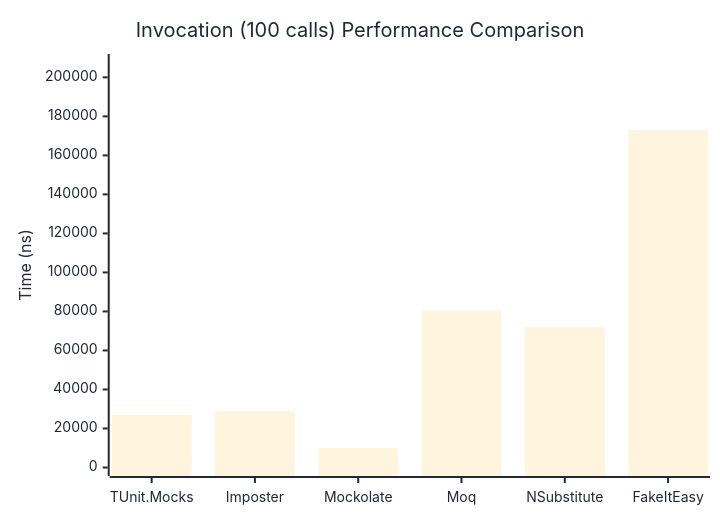
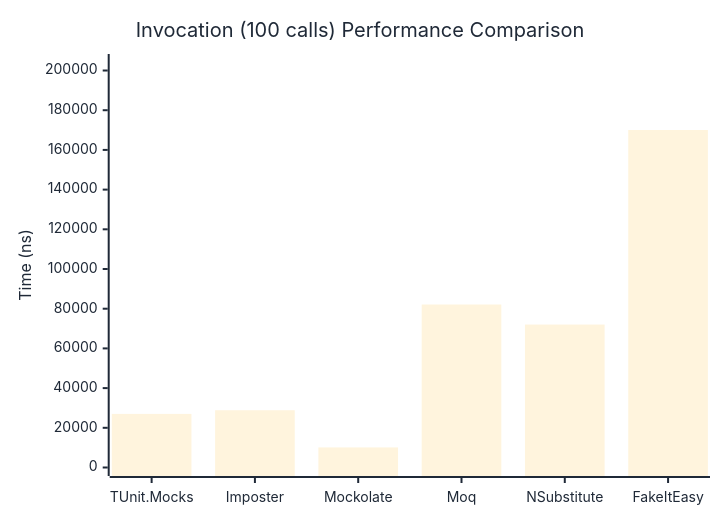
Before and after one commit to thomhurst/TUnit: the third of 3 diagrams in docs/docs/benchmarks/mocks/Invocation.md, drawn with Mermaid. The commit also changed other lines of this file and 14 other files, not shown here.

````diff
--- a/docs/docs/benchmarks/mocks/Invocation.md
+++ b/docs/docs/benchmarks/mocks/Invocation.md
@@ -112,27 +112,27 @@
 ```mermaid
 %%{init: {
   'theme':'base',
   'themeVariables': {
     'primaryColor': '#2563eb',
     'primaryTextColor': '#1f2937',
     'primaryBorderColor': '#1e40af',
     'lineColor': '#6b7280',
     'secondaryColor': '#7c3aed',
     'tertiaryColor': '#dc2626',
     'background': '#ffffff',
     'pie1': '#2563eb',
     'pie2': '#7c3aed',
     'pie3': '#dc2626',
     'pie4': '#f59e0b',
     'pie5': '#10b981',
     'pie6': '#06b6d4',
     'pie7': '#ec4899',
     'pie8': '#6366f1'
   }
 }}%%
 xychart-beta
   title "Invocation (100 calls) Performance Comparison"
   x-axis ["TUnit.Mocks", "Imposter", "Mockolate", "Moq", "NSubstitute", "FakeItEasy"]
-  y-axis "Time (ns)" 0 --> 207612
-  bar [27033.41, 28935.37, 9907.57, 80503.83, 71779.31, 173009.47]
+  y-axis "Time (ns)" 0 --> 204038
+  bar [26996.11, 28842.66, 10112.98, 82115.24, 72020.19, 170031.55]
 ```
````
